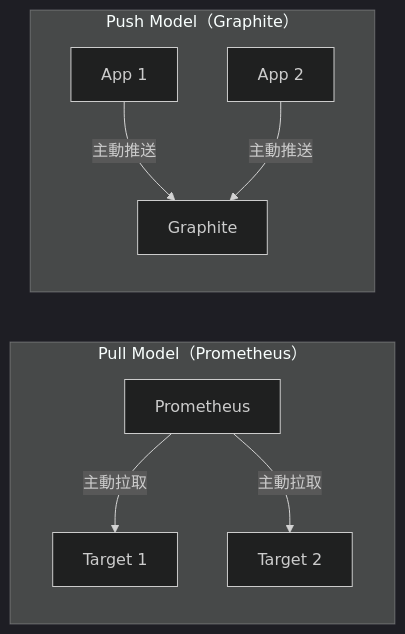
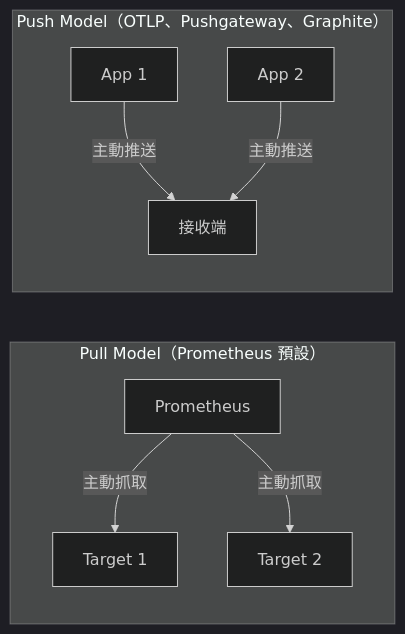
One commit to chihhung/Blog changed the fifth of 24 diagrams in content/posts/教學/工具/Prometheus與Grafana教學手冊.md. Above: the diagram before and after it, drawn with Mermaid (dark theme). The commit also changed other lines of this file and 8 other files, not shown here.

````diff
--- a/content/posts/教學/工具/Prometheus與Grafana教學手冊.md
+++ b/content/posts/教學/工具/Prometheus與Grafana教學手冊.md
@@ -250,12 +483,11 @@
 ```mermaid
-graph LR
-    subgraph "Pull Model（Prometheus）"
-        P1[Prometheus] -->|主動拉取| T1[Target 1]
-        P1 -->|主動拉取| T2[Target 2]
+flowchart LR
+    subgraph Pull["Pull Model（Prometheus 預設）"]
+        P1["Prometheus"] -->|"主動抓取"| T1["Target 1"]
+        P1 -->|"主動抓取"| T2["Target 2"]
     end
-    
-    subgraph "Push Model（Graphite）"
-        A1[App 1] -->|主動推送| G1[Graphite]
-        A2[App 2] -->|主動推送| G1
+    subgraph Push["Push Model（OTLP、Pushgateway、Graphite）"]
+        A1["App 1"] -->|"主動推送"| R1["接收端"]
+        A2["App 2"] -->|"主動推送"| R1
     end
 ```
````
